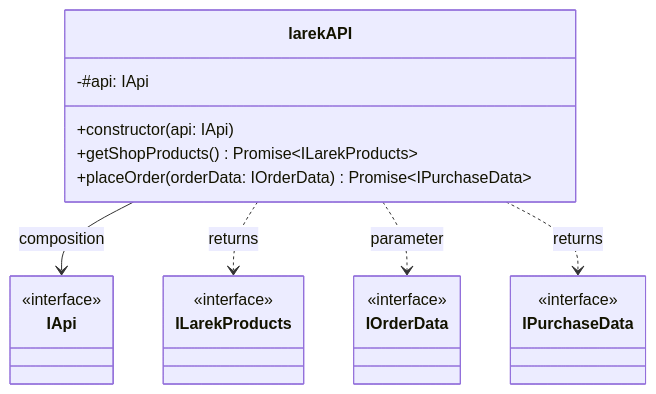
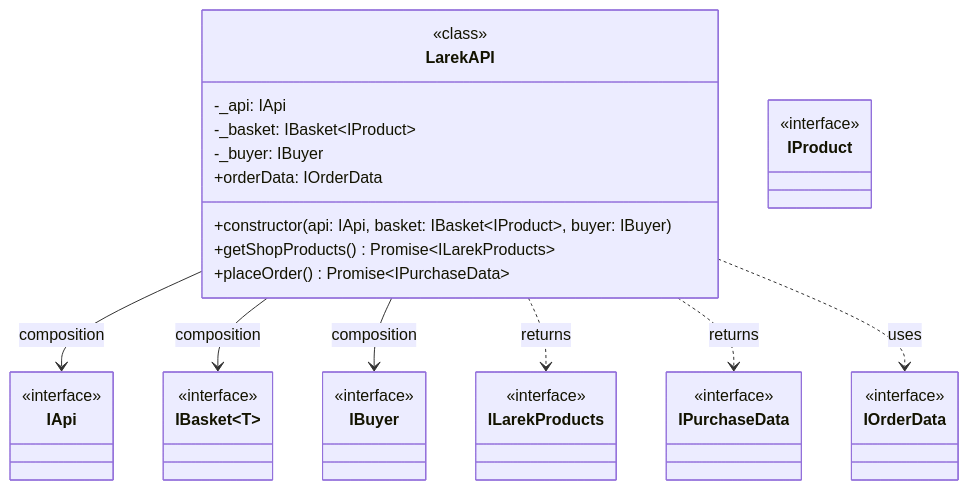
Before and after one commit to vvk2020/weblarek: diagram 14 of 15 in README.md, drawn with Mermaid. The commit also changed other lines of this file and 5 other files, not shown here.

````diff
--- a/README.md
+++ b/README.md
@@ -1272,30 +1065,48 @@
 ```mermaid
 classDiagram
-    class larekAPI {
-        -#api: IApi
-        +constructor(api: IApi)
+    class LarekAPI {
+        <<class>>
+        -_api: IApi
+        -_basket: IBasket~IProduct~
+        -_buyer: IBuyer
+        +constructor(api: IApi, basket: IBasket~IProduct~, buyer: IBuyer)
         +getShopProducts() Promise~ILarekProducts~
-        +placeOrder(orderData: IOrderData) Promise~IPurchaseData~
+        +placeOrder() Promise~IPurchaseData~
+        +orderData: IOrderData
     }
 
     class IApi {
+        <<interface>>
+    }
+
+    class IBasket~T~ {
+        <<interface>>
+    }
+
+    class IBuyer {
+        <<interface>>
+    }
+
+    class IOrderData {
         <<interface>>
     }
 
     class ILarekProducts {
         <<interface>>
     }
 
-    class IOrderData {
-        <<interface>>
-    }
-
     class IPurchaseData {
         <<interface>>
     }
 
-    larekAPI --> IApi : composition
-    larekAPI ..> ILarekProducts : returns
-    larekAPI ..> IOrderData : parameter
-    larekAPI ..> IPurchaseData : returns
+    class IProduct {
+        <<interface>>
+    }
+
+    LarekAPI --> IApi : composition
+    LarekAPI --> IBasket~IProduct~ : composition
+    LarekAPI --> IBuyer : composition
+    LarekAPI ..> ILarekProducts : returns
+    LarekAPI ..> IPurchaseData : returns
+    LarekAPI ..> IOrderData : uses
 ```
````
